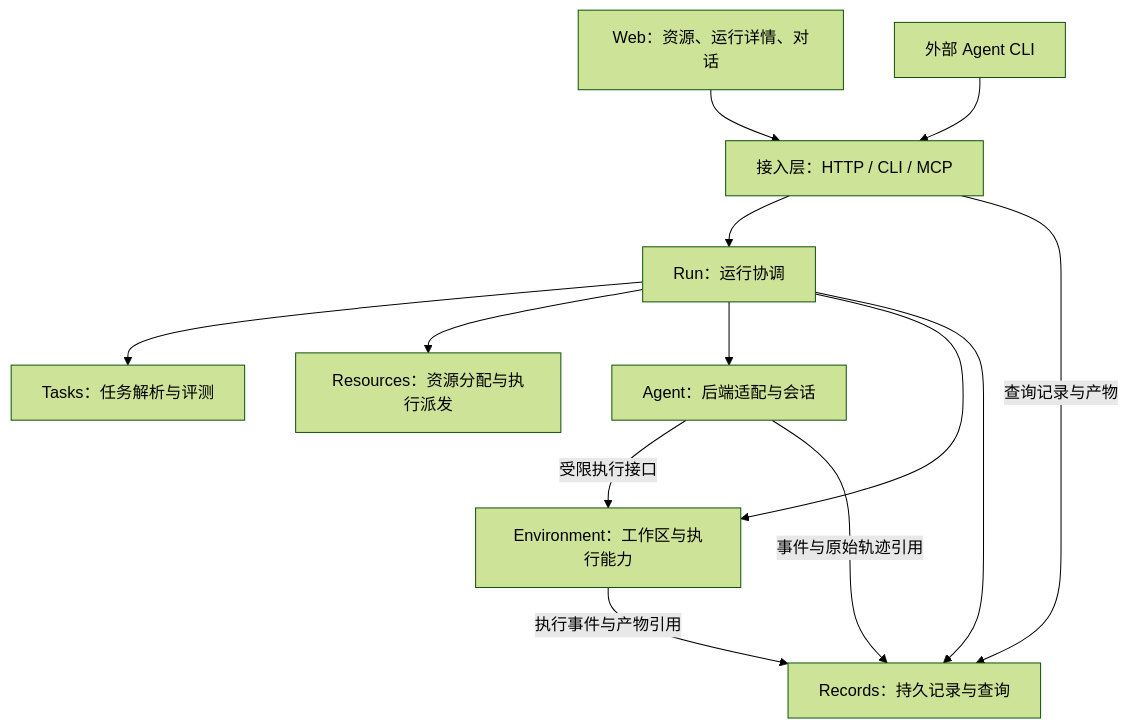
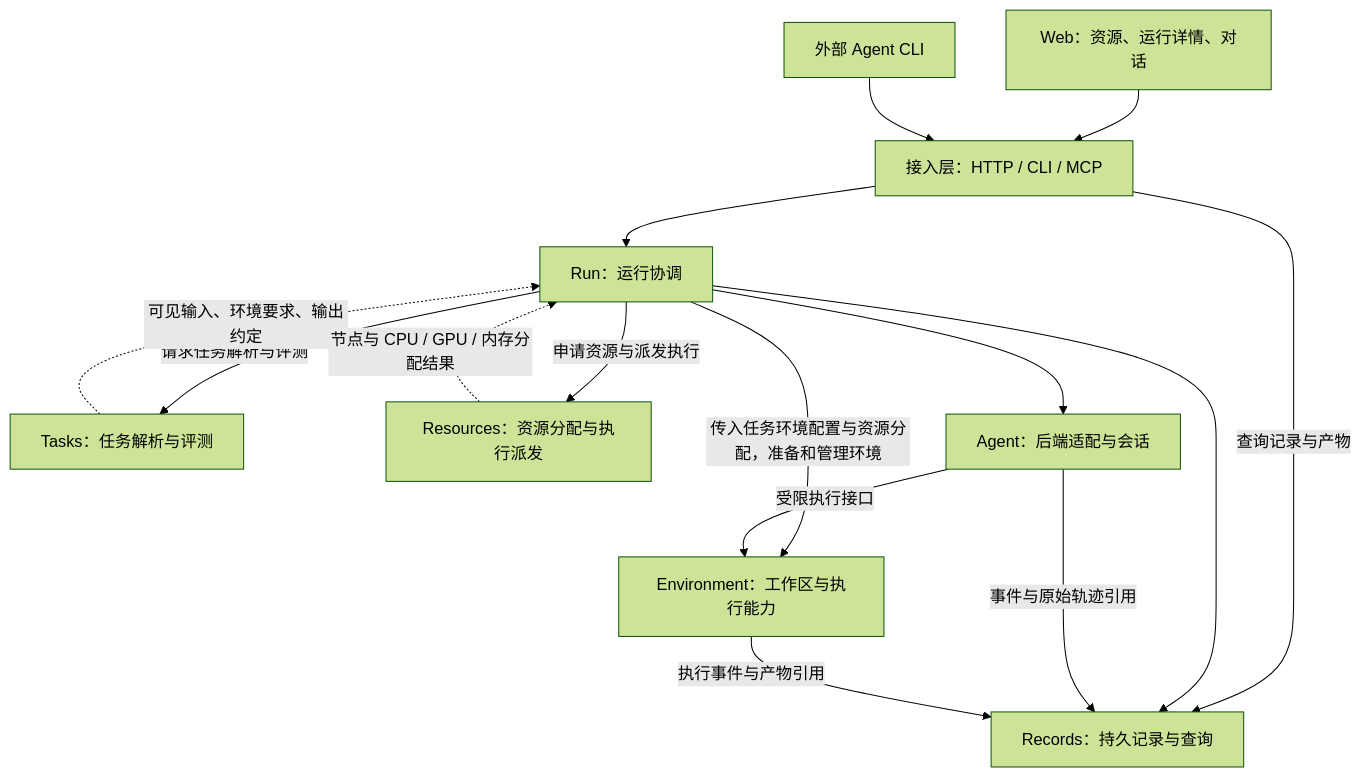
One commit to Ylr9933/Orbit changed the diagram in docs/architecture/agent-environment-modules.md. Above: the diagram before and after it, drawn with Mermaid (forest theme). The commit also changed other lines of this file and 1 other file, not shown here.

Commit message:
docs: clarify environment data flow and module collaboration

````diff
--- a/docs/architecture/agent-environment-modules.md
+++ b/docs/architecture/agent-environment-modules.md
@@ -17,15 +17,17 @@
 ```mermaid
 flowchart TB
     Web[Web：资源、运行详情、对话] --> API[接入层：HTTP / CLI / MCP]
     External[外部 Agent CLI] --> API
     API --> Run[Run：运行协调]
     API -->|查询记录与产物| Records[Records：持久记录与查询]
-    Run --> Tasks[Tasks：任务解析与评测]
-    Run --> Resources[Resources：资源分配与执行派发]
+    Run -->|请求任务解析与评测| Tasks[Tasks：任务解析与评测]
+    Tasks -.->|可见输入、环境要求、输出约定| Run
+    Run -->|申请资源与派发执行| Resources[Resources：资源分配与执行派发]
+    Resources -.->|节点与 CPU / GPU / 内存分配结果| Run
     Run --> Agent[Agent：后端适配与会话]
-    Run --> Env[Environment：工作区与执行能力]
+    Run -->|传入任务环境配置与资源分配，准备和管理环境| Env[Environment：工作区与执行能力]
     Agent -->|受限执行接口| Env
     Run --> Records
     Agent -->|事件与原始轨迹引用| Records
     Env -->|执行事件与产物引用| Records
 ```
````
